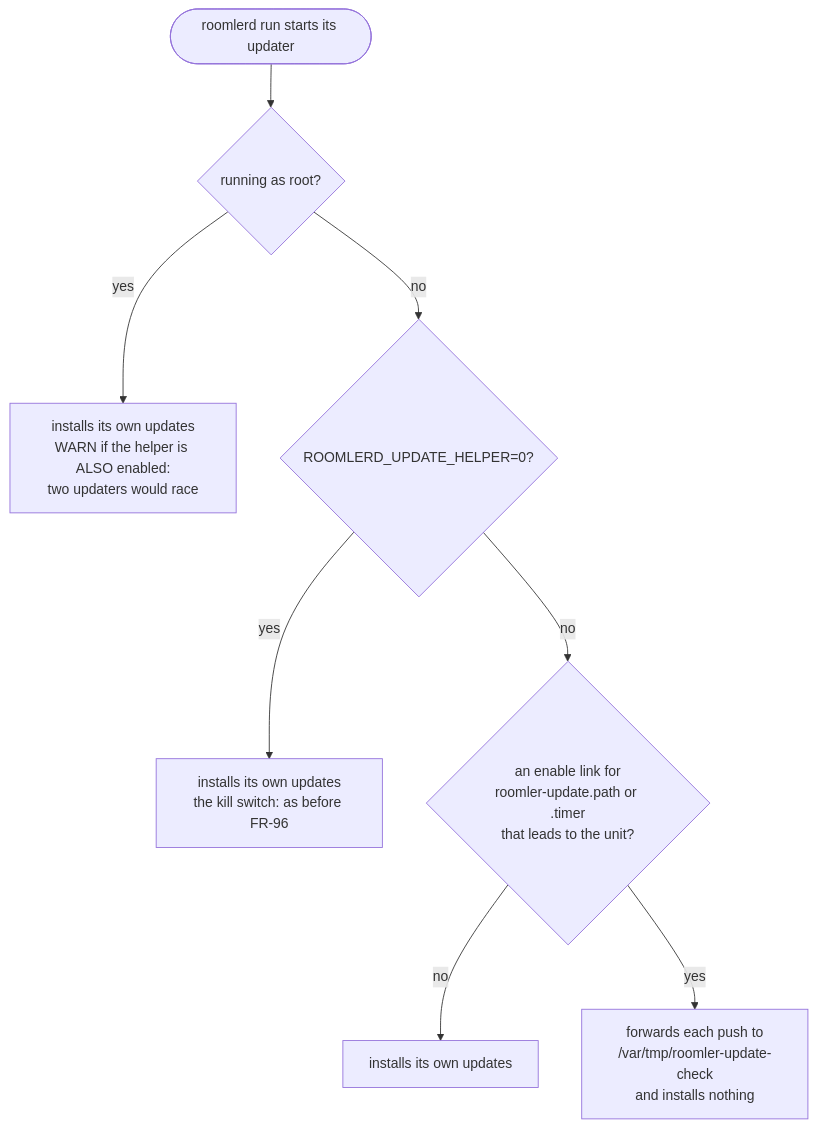
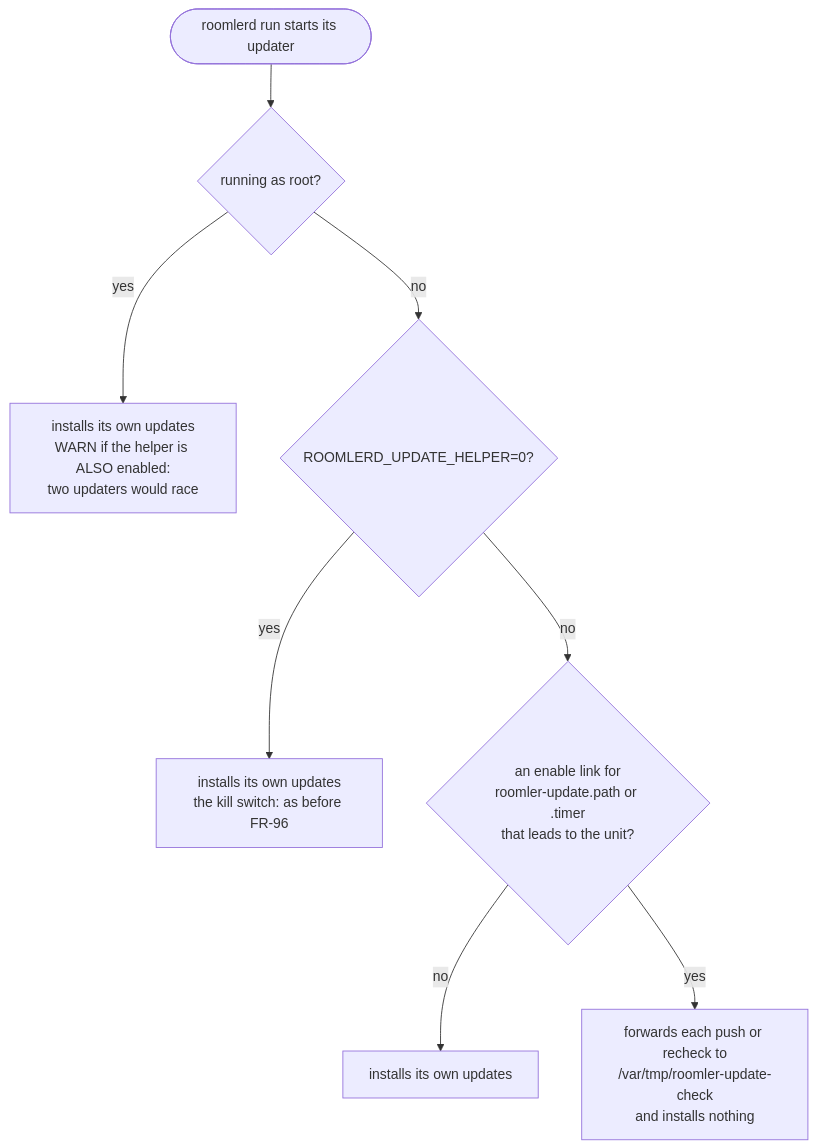
One commit to gjovanov/roomler-ai changed the fourth of 6 diagrams in docs/linux-self-update.md. Above: the diagram before and after it, drawn with Mermaid. The commit also changed other lines of this file and 6 other files, not shown here.

````diff
--- a/docs/linux-self-update.md
+++ b/docs/linux-self-update.md
@@ -369,10 +371,10 @@
 ```mermaid
 flowchart TD
     S([roomlerd run starts its updater]) --> R{running as root?}
     R -->|yes| IP1[installs its own updates<br/>WARN if the helper is ALSO enabled:<br/>two updaters would race]
     R -->|no| K{ROOMLERD_UPDATE_HELPER=0?}
     K -->|yes| IP2[installs its own updates<br/>the kill switch: as before FR-96]
     K -->|no| E{an enable link for<br/>roomler-update.path or .timer<br/>that leads to the unit?}
     E -->|no| IP3[installs its own updates]
-    E -->|yes| H[forwards each push to<br/>/var/tmp/roomler-update-check<br/>and installs nothing]
+    E -->|yes| H[forwards each push or recheck to<br/>/var/tmp/roomler-update-check<br/>and installs nothing]
 ```
````
